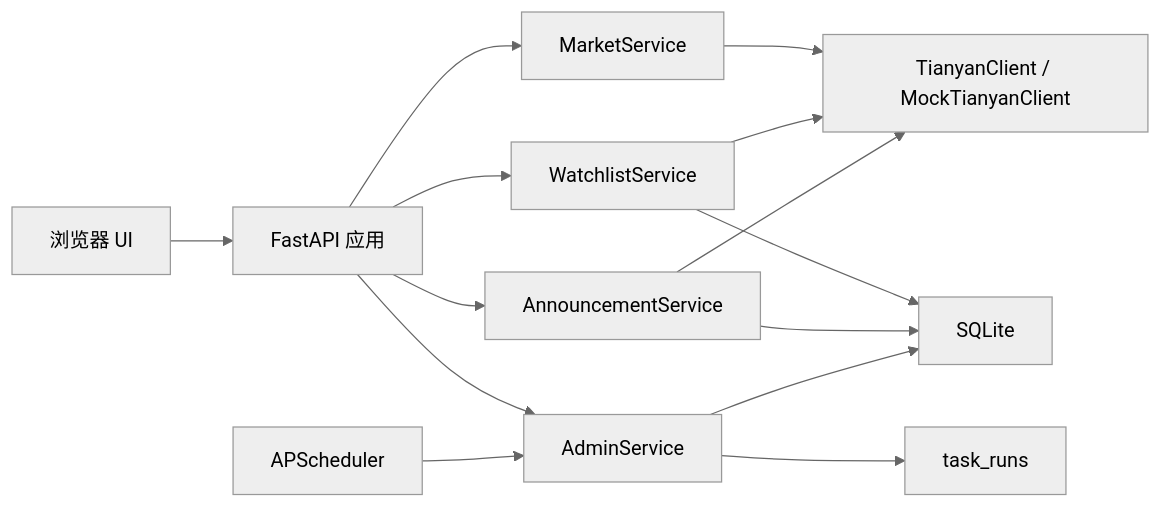
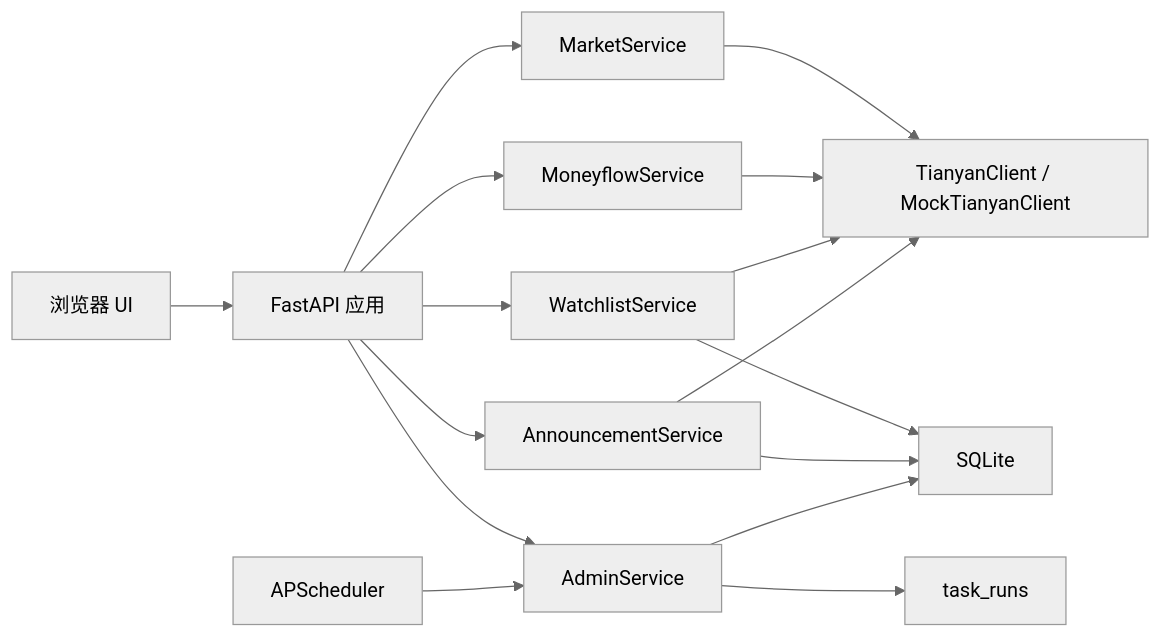
The diagram in docs/technical-and-operations-guide.md (vincentfang924/tiance), drawn with Mermaid (neutral theme) before and after one commit. The commit also changed other lines of this file and 14 other files, not shown here.

````diff
--- a/docs/technical-and-operations-guide.md
+++ b/docs/technical-and-operations-guide.md
@@ -26,16 +26,18 @@
 ```mermaid
 flowchart LR
   Browser["浏览器 UI"] --> FastAPI["FastAPI 应用"]
   FastAPI --> Watchlist["WatchlistService"]
   FastAPI --> Market["MarketService"]
+  FastAPI --> Moneyflow["MoneyflowService"]
   FastAPI --> Announcement["AnnouncementService"]
   FastAPI --> Admin["AdminService"]
   Market --> Tianyan["TianyanClient / MockTianyanClient"]
+  Moneyflow --> Tianyan
   Watchlist --> Tianyan
   Announcement --> Tianyan
   Watchlist --> SQLite["SQLite"]
   Announcement --> SQLite
   Admin --> SQLite
   Scheduler["APScheduler"] --> Admin
   Admin --> TaskRuns["task_runs"]
 ```
````
